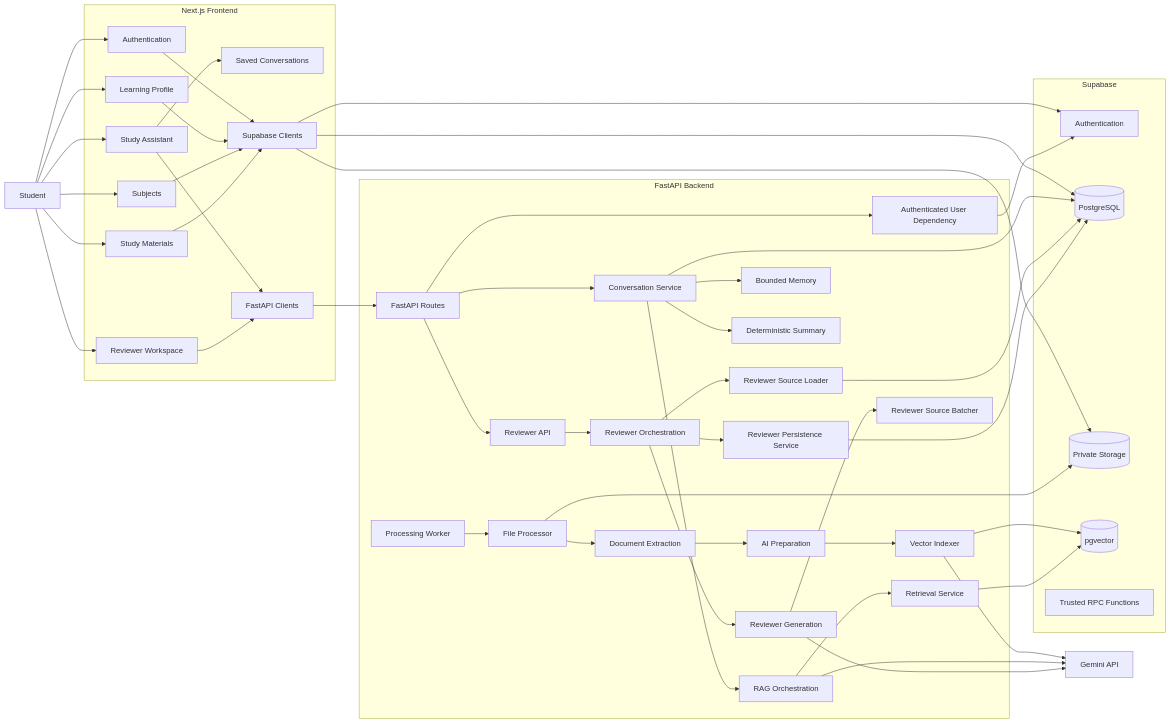
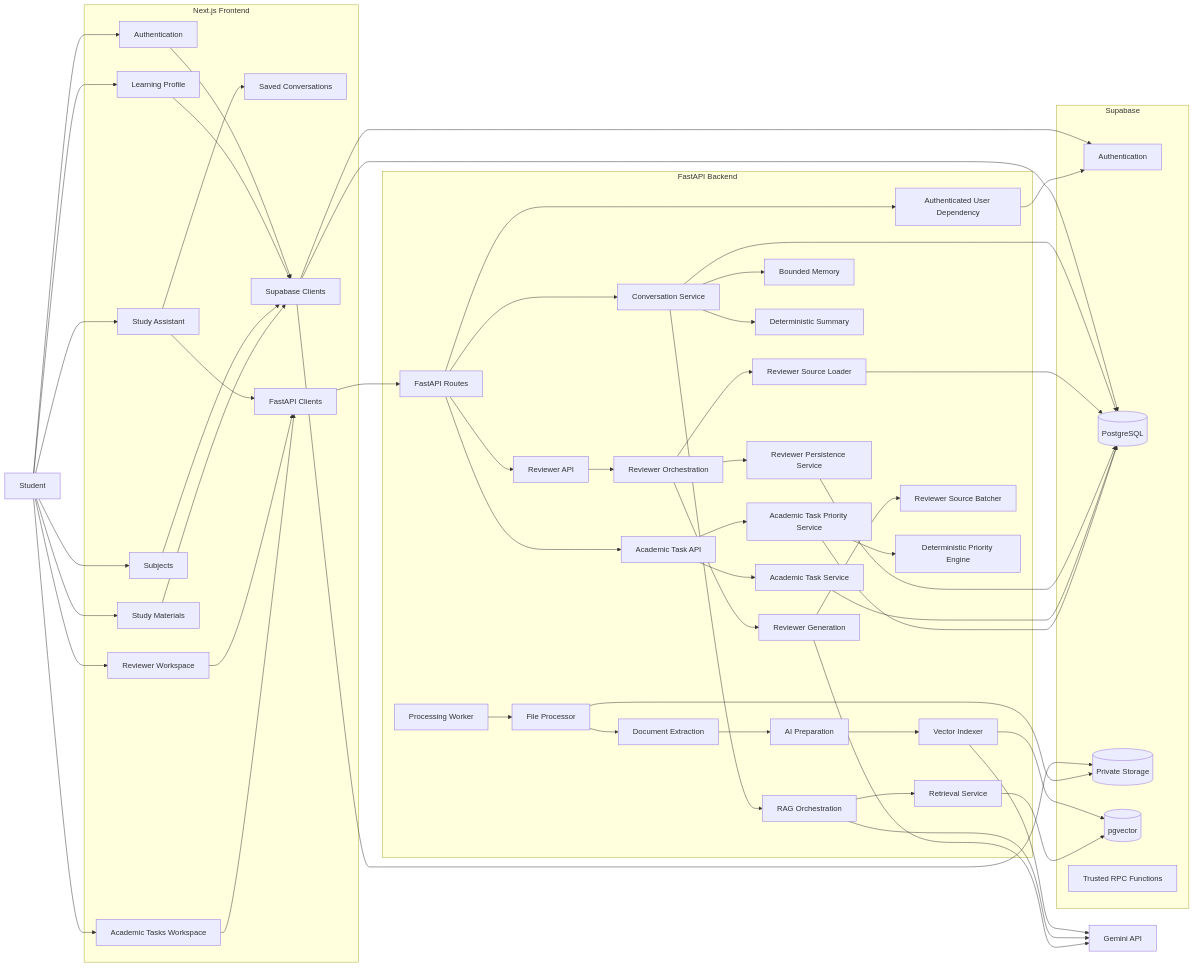
Before and after one commit to jianna-acc/stsp-capstone: the first of 18 diagrams in docs/ARCHITECTURE.md, drawn with Mermaid. The commit also changed other lines of this file and 19 other files, not shown here.

Commit message:
feat(tasks): complete academic task frontend integration

````diff
--- a/docs/ARCHITECTURE.md
+++ b/docs/ARCHITECTURE.md
@@ -74,6 +77,7 @@
         ASSISTANT["Study Assistant"]
         HISTORY["Saved Conversations"]
         REVIEWERS_UI["Reviewer Workspace"]
+        TASKS_UI["Academic Tasks Workspace"]
 
         SUPABASE_CLIENT["Supabase Clients"]
         API_CLIENT["FastAPI Clients"]
@@ -96,12 +100,18 @@
         CONVERSATION["Conversation Service"]
         MEMORY["Bounded Memory"]
         SUMMARY["Deterministic Summary"]
+
         REVIEWER_API["Reviewer API"]
         REVIEWER_ORCHESTRATION["Reviewer Orchestration"]
         REVIEWER_SOURCE["Reviewer Source Loader"]
         REVIEWER_GENERATION["Reviewer Generation"]
         REVIEWER_BATCHER["Reviewer Source Batcher"]
         REVIEWER_SERVICE["Reviewer Persistence Service"]
+
+        TASK_API["Academic Task API"]
+        TASK_SERVICE["Academic Task Service"]
+        TASK_PRIORITY["Academic Task Priority Service"]
+        TASK_ENGINE["Deterministic Priority Engine"]
     end
 
     subgraph SUPABASE["Supabase"]
@@ -120,6 +130,7 @@
     STUDENT --> FILE_UI
     STUDENT --> ASSISTANT
     STUDENT --> REVIEWERS_UI
+    STUDENT --> TASKS_UI
 
     AUTH_UI --> SUPABASE_CLIENT
     ONBOARDING --> SUPABASE_CLIENT
@@ -133,6 +144,7 @@
     ASSISTANT --> HISTORY
     ASSISTANT --> API_CLIENT
     REVIEWERS_UI --> API_CLIENT
+    TASKS_UI --> API_CLIENT
 
     API_CLIENT --> API
     API --> AUTH_DEP
@@ -157,6 +169,7 @@
     RAG --> GEMINI
 
     CONVERSATION --> DATABASE
+
     API --> REVIEWER_API
     REVIEWER_API --> REVIEWER_ORCHESTRATION
     REVIEWER_ORCHESTRATION --> REVIEWER_SOURCE
@@ -167,4 +180,11 @@
     REVIEWER_GENERATION --> REVIEWER_BATCHER
     REVIEWER_GENERATION --> GEMINI
     REVIEWER_SERVICE --> DATABASE
+
+    API --> TASK_API
+    TASK_API --> TASK_SERVICE
+    TASK_API --> TASK_PRIORITY
+    TASK_SERVICE --> DATABASE
+    TASK_PRIORITY --> TASK_ENGINE
+    TASK_PRIORITY --> DATABASE
 ```
````
